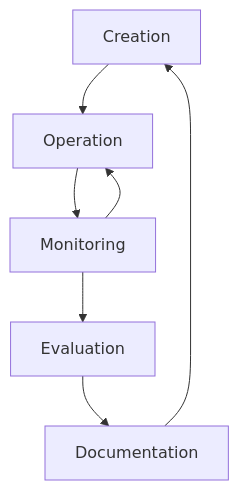
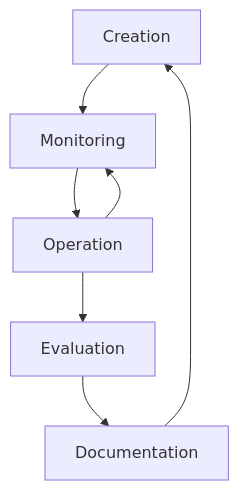
Before and after one commit to spboehm/pulceo-misc: the diagram in presentations/summersoc2024/summersoc2024.qmd, drawn with Mermaid. The commit also changed other lines of this file and 2 other files, not shown here.

````diff
--- a/presentations/summersoc2024/summersoc2024.qmd
+++ b/presentations/summersoc2024/summersoc2024.qmd
@@ -68,9 +69,9 @@
 ```{mermaid}
 flowchart TB
-   Creation --> Operation
+   Creation --> Monitoring
+   Monitoring --> Operation
    Operation --> Monitoring
-   Monitoring --> Operation
-   Monitoring --> Evaluation
+   Operation --> Evaluation
    Evaluation --> Documentation
    Documentation --> Creation
 ```
````
